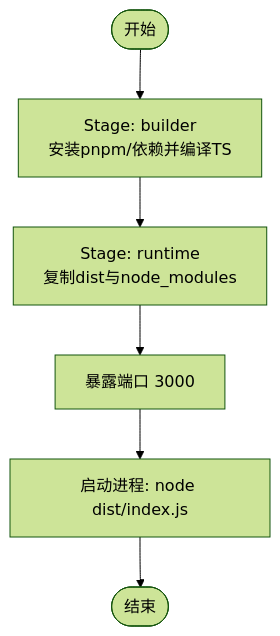
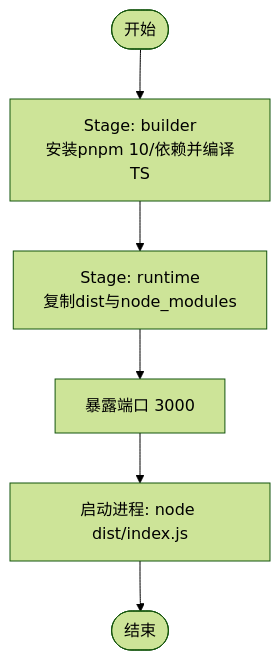
Before and after one commit to RabbitAI-Lab/Sandbox-Manager: the third of 5 diagrams in .qoder/repowiki/zh/content/部署与运维/容器化与Docker.md, drawn with Mermaid (forest theme). The commit also changed other lines of this file and 11 other files, not shown here.

````diff
--- a/.qoder/repowiki/zh/content/部署与运维/容器化与Docker.md
+++ b/.qoder/repowiki/zh/content/部署与运维/容器化与Docker.md
@@ -132,8 +191,8 @@
 ```mermaid
 flowchart TD
-Start(["开始"]) --> Stage1["Stage: builder<br/>安装pnpm/依赖并编译TS"]
+Start(["开始"]) --> Stage1["Stage: builder<br/>安装pnpm 10/依赖并编译TS"]
 Stage1 --> Stage2["Stage: runtime<br/>复制dist与node_modules"]
 Stage2 --> Expose["暴露端口 3000"]
 Expose --> Run["启动进程: node dist/index.js"]
 Run --> End(["结束"])
 ```
````
